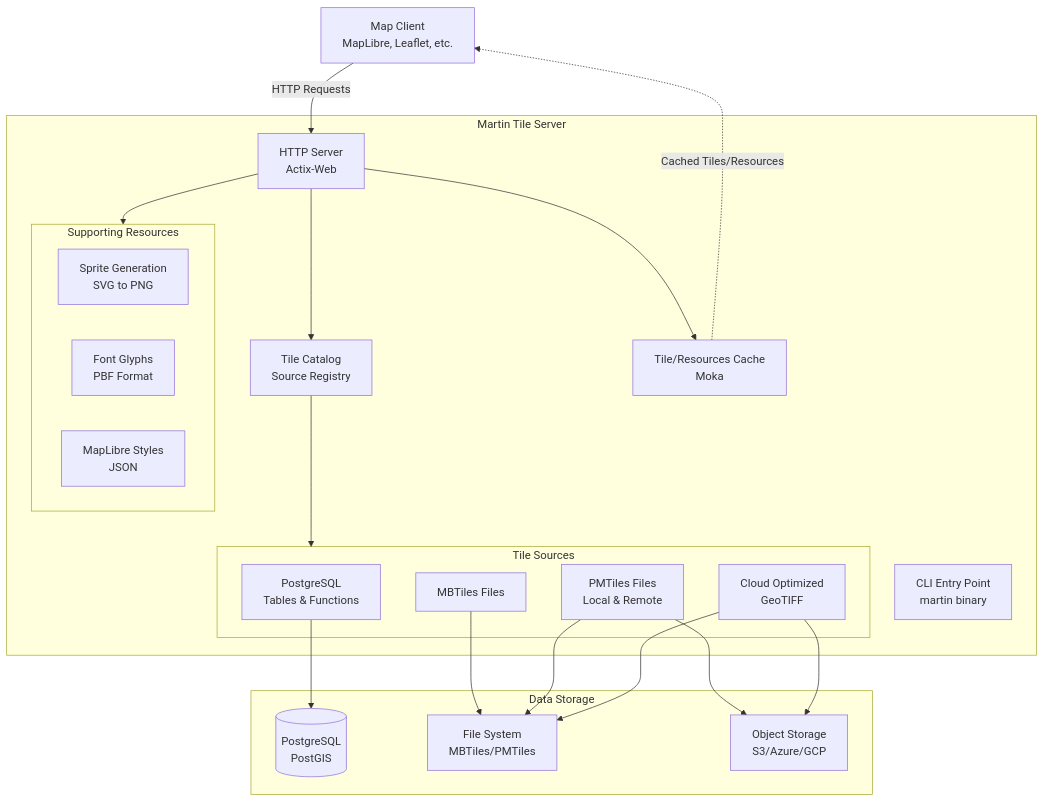
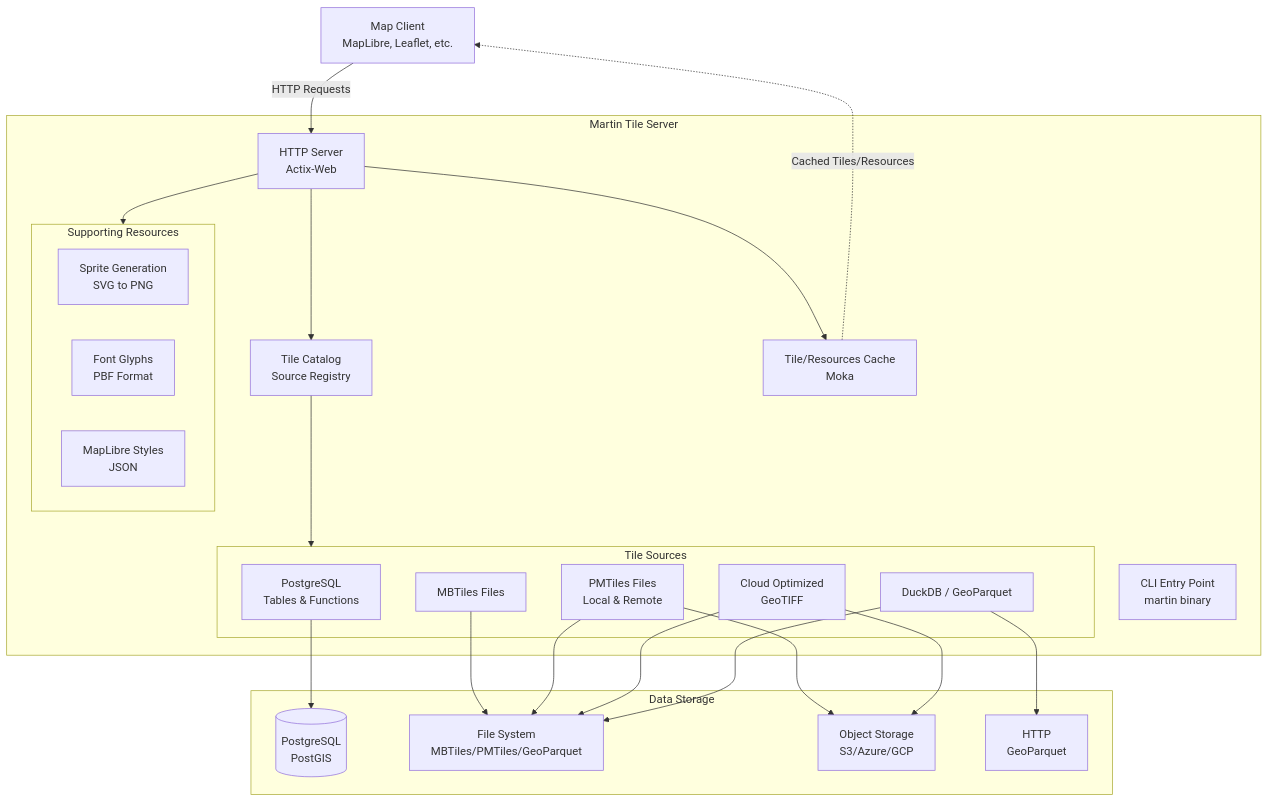
One commit to maplibre/martin changed the first of 8 diagrams in docs/content/architecture.md. Above: the diagram before and after it, drawn with Mermaid. The commit also changed other lines of this file and 11 other files, not shown here.

````diff
--- a/docs/content/architecture.md
+++ b/docs/content/architecture.md
@@ -16,46 +16,50 @@
 ```mermaid
 graph TB
     Client[Map Client<br/>MapLibre, Leaflet, etc.]
 
     subgraph Martin["Martin Tile Server"]
         CLI[CLI Entry Point<br/>martin binary]
         Server[HTTP Server<br/>Actix-Web]
 
         subgraph Sources["Tile Sources"]
             PG[PostgreSQL<br/>Tables & Functions]
             MBT[MBTiles Files]
             PMT[PMTiles Files<br/>Local & Remote]
             COG[Cloud Optimized<br/>GeoTIFF]
+            DuckDB[DuckDB / GeoParquet]
         end
 
         subgraph Resources["Supporting Resources"]
             Sprites[Sprite Generation<br/>SVG to PNG]
             Fonts[Font Glyphs<br/>PBF Format]
             Styles[MapLibre Styles<br/>JSON]
         end
 
         Catalog[Tile Catalog<br/>Source Registry]
         Cache[Tile/Resources Cache<br/>Moka]
     end
 
     subgraph Storage["Data Storage"]
         DB[(PostgreSQL<br/>PostGIS)]
-        Files[File System<br/>MBTiles/PMTiles]
+        Files[File System<br/>MBTiles/PMTiles/GeoParquet]
         S3[Object Storage<br/>S3/Azure/GCP]
+        HTTP[HTTP<br/>GeoParquet]
     end
 
     Client -->|HTTP Requests| Server
     Server --> Catalog
     Catalog --> Sources
     Server --> Resources
     Server --> Cache
 
     PG --> DB
     MBT --> Files
     PMT --> Files
     PMT --> S3
     COG --> Files
     COG --> S3
+    DuckDB --> Files
+    DuckDB --> HTTP
 
     Cache -.->|Cached Tiles/Resources| Client
 ```
````
